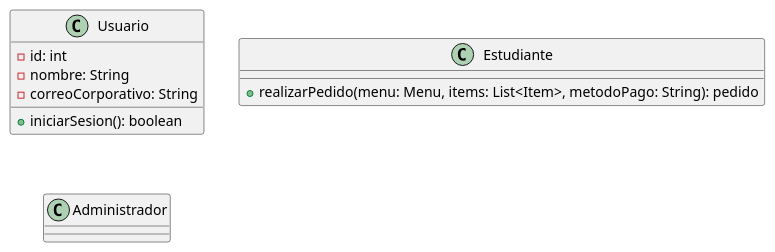
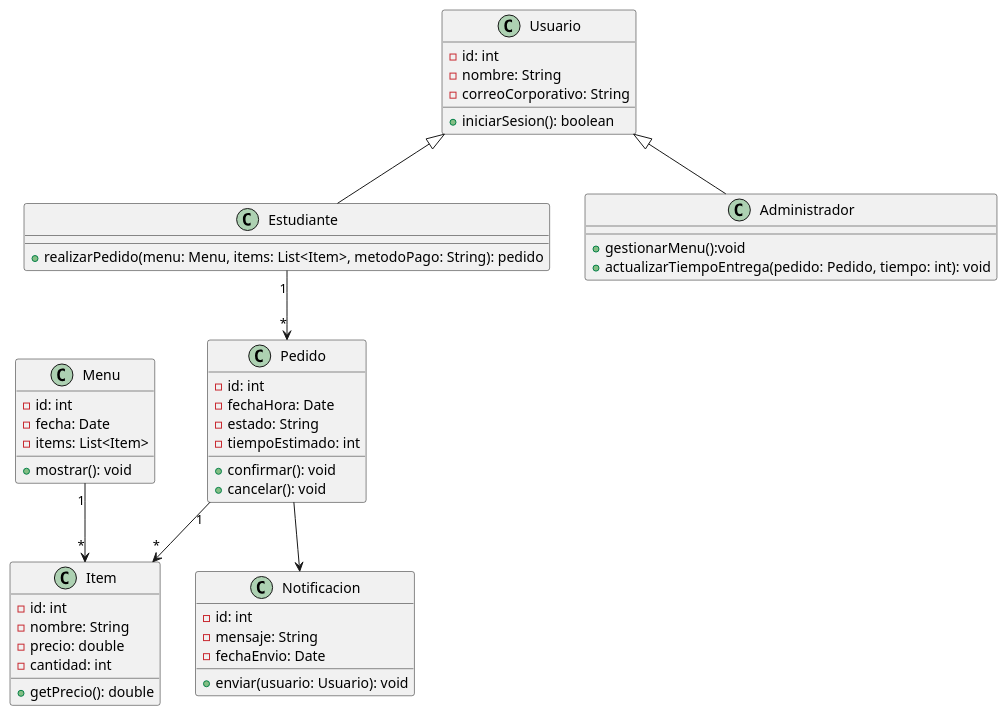
The diagram in clases.plantuml (JulianDHenao/shopcoffee), drawn with PlantUML before and after one commit. The commit also changed 1 other file, not shown here.

Commit message:
Se actualizo diagrama de casos de uso y se culmino el diagrama de clases

```diff
--- a/clases.plantuml
+++ b/clases.plantuml
@@ -1,18 +1,65 @@
 @startuml clasescoffeeshop
 
 class Usuario{
     - id: int
     - nombre: String
     - correoCorporativo: String
     + iniciarSesion(): boolean
 }
 
 class Estudiante{
     + realizarPedido(menu: Menu, items: List<Item>, metodoPago: String): pedido
 }
 
 class Administrador{
+    + gestionarMenu():void
+    + actualizarTiempoEntrega(pedido: Pedido, tiempo: int): void
 
 }
 
+Class Menu{
+    - id: int
+    - fecha: Date 
+    - items: List<Item>
+    + mostrar(): void
+
+}
+
+Class Item{
+    - id: int
+    - nombre: String
+    -precio: double
+    - cantidad: int
+    + getPrecio(): double
+
+
+}
+
+Class Pedido{
+    - id: int
+    - fechaHora: Date
+    - estado: String
+    - tiempoEstimado: int
+    + confirmar(): void
+    + cancelar(): void
+
+
+}
+
+Class Notificacion{
+    - id: int
+    - mensaje: String
+    - fechaEnvio: Date
+    + enviar(usuario: Usuario): void
+
+
+}
+
+Usuario <|-- Estudiante
+Usuario <|-- Administrador
+Menu "1" --> "*" Item
+Estudiante "1" --> "*" Pedido
+Pedido "1" --> "*" Item
+Pedido --> Notificacion
+
 @enduml
```
